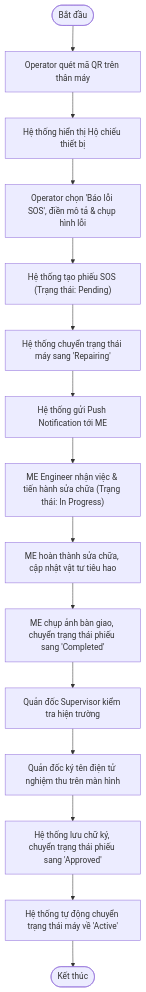
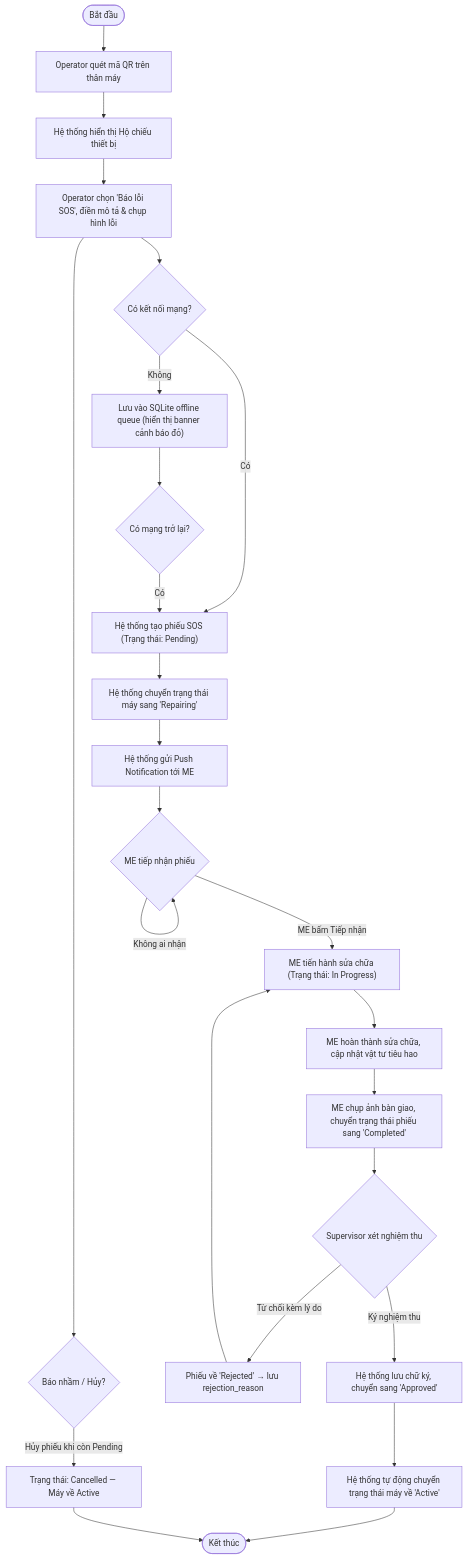
The second of 11 diagrams in system_design.md (pvduy23052005/cse441-mobile-asset-track), drawn with Mermaid before and after one commit. The commit also changed other lines of this file and 1 other file, not shown here.

````diff
--- a/system_design.md
+++ b/system_design.md
@@ -79,17 +86,27 @@
 ```mermaid
 flowchart TD
     A([Bắt đầu]) --> B[Operator quét mã QR trên thân máy]
     B --> C[Hệ thống hiển thị Hộ chiếu thiết bị]
     C --> D["Operator chọn 'Báo lỗi SOS', điền mô tả & chụp hình lỗi"]
-    D --> E["Hệ thống tạo phiếu SOS (Trạng thái: Pending)"]
-    E --> F["Hệ thống chuyển trạng thái máy sang 'Repairing'"]
-    F --> G[Hệ thống gửi Push Notification tới ME]
-    G --> H["ME Engineer nhận việc & tiến hành sửa chữa (Trạng thái: In Progress)"]
-    H --> I[ME hoàn thành sửa chữa, cập nhật vật tư tiêu hao]
-    I --> J["ME chụp ảnh bàn giao, chuyển trạng thái phiếu sang 'Completed'"]
-    J --> K[Quản đốc Supervisor kiểm tra hiện trường]
-    K --> L[Quản đốc ký tên điện tử nghiệm thu trên màn hình]
-    L --> M["Hệ thống lưu chữ ký, chuyển trạng thái phiếu sang 'Approved'"]
-    M --> N["Hệ thống tự động chuyển trạng thái máy về 'Active'"]
-    N --> O([Kết thúc])
+    D --> E{Có kết nối mạng?}
+    E -- Có --> F["Hệ thống tạo phiếu SOS (Trạng thái: Pending)"]
+    E -- Không --> E2["Lưu vào SQLite offline queue (hiển thị banner cảnh báo đỏ)"]
+    E2 --> E3{Có mạng trở lại?}
+    E3 -- Có --> F
+    F --> G["Hệ thống chuyển trạng thái máy sang 'Repairing'"]
+    G --> H[Hệ thống gửi Push Notification tới ME]
+    H --> I{ME tiếp nhận phiếu}
+    I -- Không ai nhận --> I
+    I -- ME bấm Tiếp nhận --> J["ME tiến hành sửa chữa (Trạng thái: In Progress)"]
+    J --> K[ME hoàn thành sửa chữa, cập nhật vật tư tiêu hao]
+    K --> L["ME chụp ảnh bàn giao, chuyển trạng thái phiếu sang 'Completed'"]
+    L --> M{Supervisor xét nghiệm thu}
+    M -- Ký nghiệm thu --> N["Hệ thống lưu chữ ký, chuyển sang 'Approved'"]
+    M -- Từ chối kèm lý do --> O["Phiếu về 'Rejected' → lưu rejection_reason"]
+    O --> J
+    N --> P["Hệ thống tự động chuyển trạng thái máy về 'Active'"]
+    P --> Q([Kết thúc])
+    D --> R{Báo nhầm / Hủy?}
+    R -- Hủy phiếu khi còn Pending --> S["Trạng thái: Cancelled — Máy về Active"]
+    S --> Q
 ```
````
